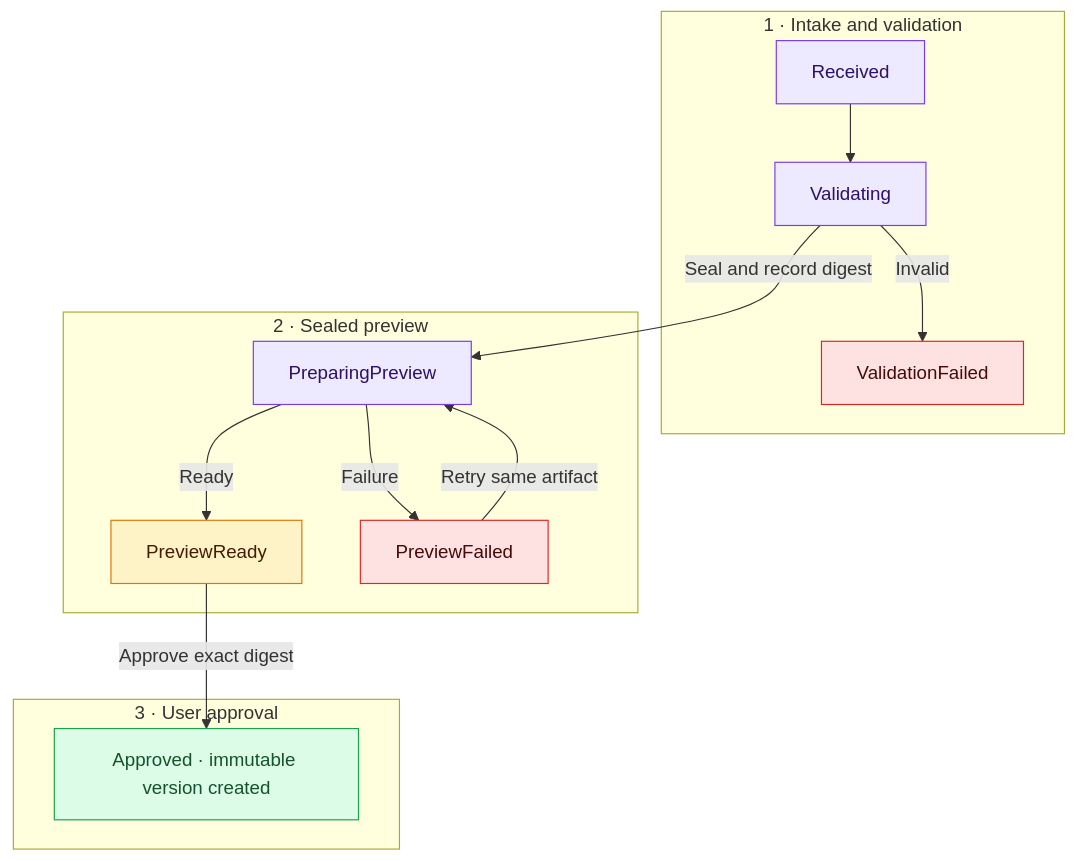
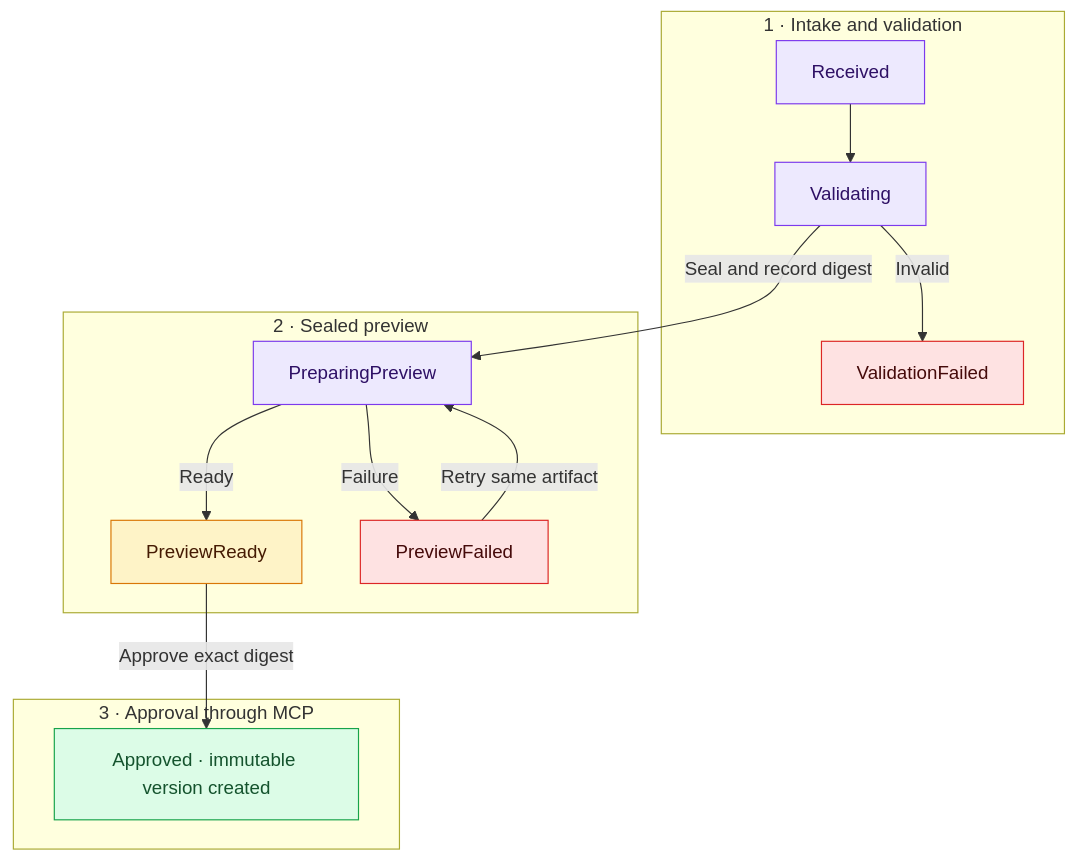
The fourth of 7 diagrams in ARCHITECTURE.md (yildizib/codomain), drawn with Mermaid before and after one commit. The commit also changed other lines of this file and 18 other files, not shown here.

````diff
--- a/ARCHITECTURE.md
+++ b/ARCHITECTURE.md
@@ -96,25 +157,25 @@
 ```mermaid
 flowchart TB
   subgraph intake["1 · Intake and validation"]
     R["Received"] --> V["Validating"]
     V -->|Invalid| VF["ValidationFailed"]
   end
   subgraph preview["2 · Sealed preview"]
     V -->|Seal and record digest| P["PreparingPreview"]
     P -->|Ready| PR["PreviewReady"]
     P -->|Failure| PF["PreviewFailed"]
     PF -->|Retry same artifact| P
   end
-  subgraph approval["3 · User approval"]
+  subgraph approval["3 · Approval through MCP"]
     PR -->|Approve exact digest| A["Approved · immutable version created"]
   end
   class R,V,P platform;
   class PR review;
   class A live;
   class VF,PF failure;
   classDef actor fill:#dbeafe,stroke:#2563eb,color:#172554;
   classDef platform fill:#ede9fe,stroke:#7c3aed,color:#2e1065;
   classDef review fill:#fef3c7,stroke:#d97706,color:#451a03;
   classDef live fill:#dcfce7,stroke:#16a34a,color:#14532d;
   classDef failure fill:#fee2e2,stroke:#dc2626,color:#450a0a;
 ```
````
